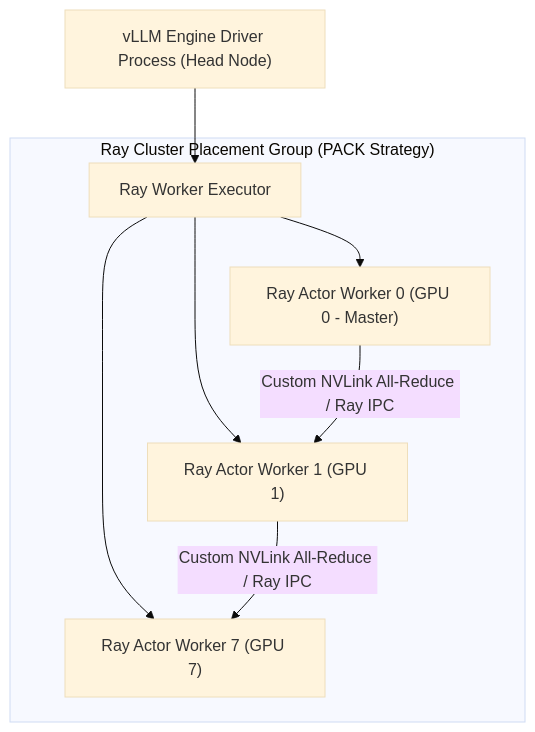
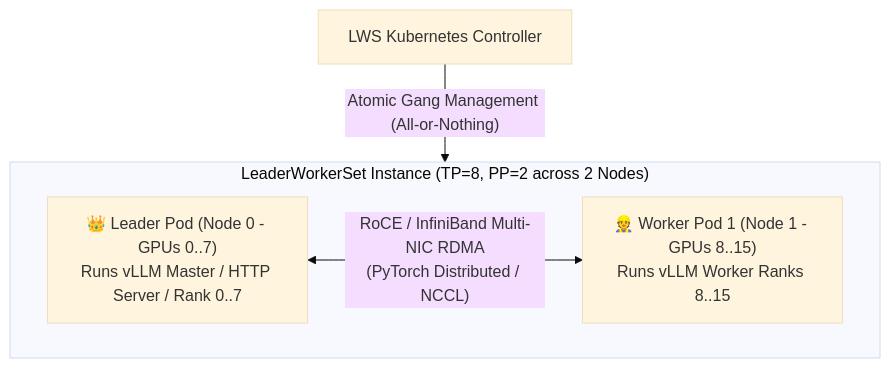
The fifth of 11 diagrams in docs/en/06_deployment_and_orchestration.md (Marinette101/vllm-learning-notes), drawn with Mermaid (base theme) before and after one commit. The commit also changed other lines of this file and 5 other files, not shown here.

First line of the commit message:
Expand Module 6 with GKE AI Hypercomputer, LeaderWorkerSet, Hyperdisk ML, and Confidential AI

````diff
--- a/docs/en/06_deployment_and_orchestration.md
+++ b/docs/en/06_deployment_and_orchestration.md
@@ -44,13 +128,11 @@
 ```mermaid
 flowchart TD
-    DRIVER["vLLM Engine Driver Process (Head Node)"] --> RAY_EXEC["Ray Worker Executor"]
-    
-    subgraph RAY_CLUSTER ["Ray Cluster Placement Group (PACK Strategy)"]
-        RAY_EXEC --> W0["Ray Actor Worker 0 (GPU 0 - Master)"]
-        RAY_EXEC --> W1["Ray Actor Worker 1 (GPU 1)"]
-        RAY_EXEC --> W7["Ray Actor Worker 7 (GPU 7)"]
+    subgraph LWS_GROUP ["LeaderWorkerSet Instance (TP=8, PP=2 across 2 Nodes)"]
+        LEADER["👑 Leader Pod (Node 0 - GPUs 0..7)<br>Runs vLLM Master / HTTP Server / Rank 0..7"]
+        WORKER["👷 Worker Pod 1 (Node 1 - GPUs 8..15)<br>Runs vLLM Worker Ranks 8..15"]
+        
+        LEADER <-->|"RoCE / InfiniBand Multi-NIC RDMA<br>(PyTorch Distributed / NCCL)"| WORKER
     end
 
-    W0 -->|"Custom NVLink All-Reduce / Ray IPC"| W1
-    W1 -->|"Custom NVLink All-Reduce / Ray IPC"| W7
+    LWS_CTRL["LWS Kubernetes Controller"] -->|"Atomic Gang Management (All-or-Nothing)"| LWS_GROUP
 ```
````
